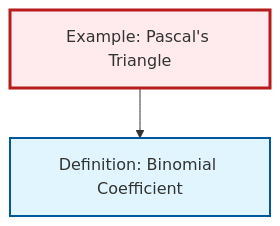
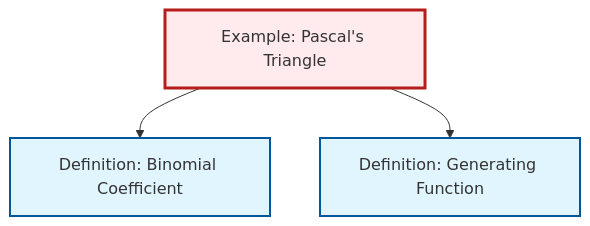
One commit to RK0429/ModernMath changed the diagram in content/en/combinatorics/ex-pascals-triangle.qmd. Above: the diagram before and after it, drawn with Mermaid. The commit also changed 531 other files, not shown here.

````diff
--- a/content/en/combinatorics/ex-pascals-triangle.qmd
+++ b/content/en/combinatorics/ex-pascals-triangle.qmd
@@ -72,14 +72,17 @@
 ```{mermaid}
 %%| fig-cap: "Local dependency graph"
 graph TD
     classDef definition fill:#e1f5fe,stroke:#01579b,stroke-width:2px
     classDef theorem fill:#f3e5f5,stroke:#4a148c,stroke-width:2px
     classDef axiom fill:#fff3e0,stroke:#e65100,stroke-width:2px
     classDef example fill:#e8f5e9,stroke:#1b5e20,stroke-width:2px
     classDef current fill:#ffebee,stroke:#b71c1c,stroke-width:3px
+    def-generating-function["Definition: Generating Function"]:::definition
     ex-pascals-triangle["Example: Pascal's Triangle"]:::example
     def-binomial-coefficient["Definition: Binomial Coefficient"]:::definition
     ex-pascals-triangle --> def-binomial-coefficient
+    ex-pascals-triangle --> def-generating-function
     class ex-pascals-triangle current
+    click def-generating-function "def-generating-function.html" "Go to Generating Function definition"
     click def-binomial-coefficient "def-binomial-coefficient.html" "Go to Binomial Coefficient definition"
 ```
````
